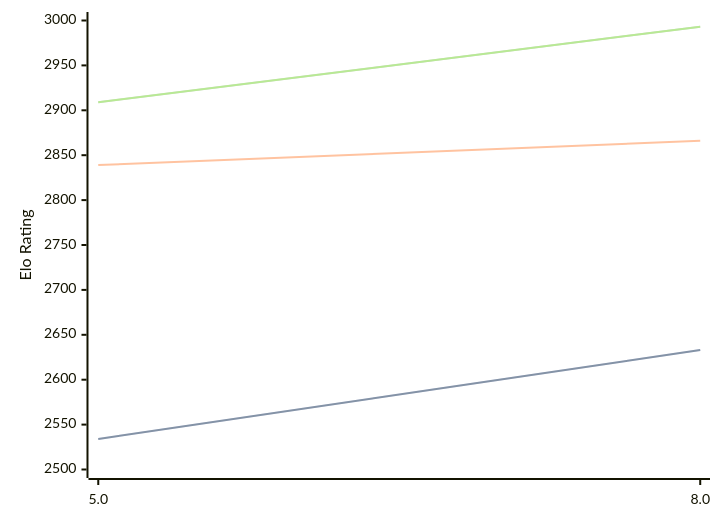
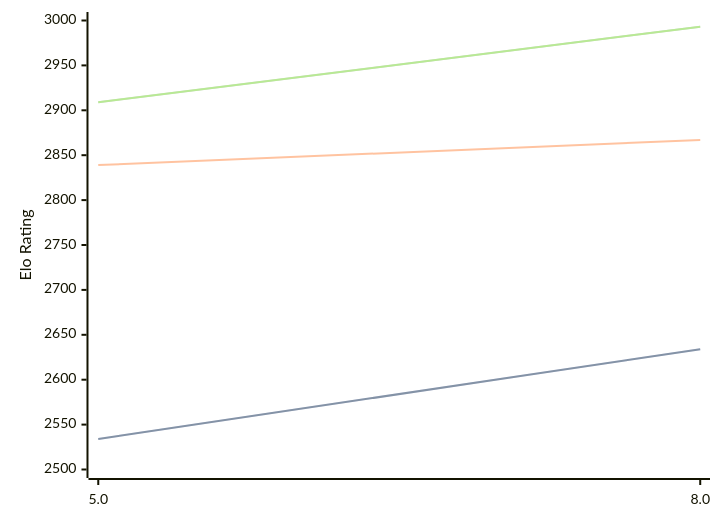
The diagram in engines/4kc.md (computer-chess-index/cci), drawn with Mermaid before and after one commit. The commit also changed other lines of this file, not shown here.

````diff
--- a/engines/4kc.md
+++ b/engines/4kc.md
@@ -41,11 +41,11 @@
 ```mermaid
 %%{init: {"theme":"base","themeVariables":{"seriesColors:['#a3a3a3','#222221','#faa371']}}}%%
 xychart-beta
   x-axis ["5.0", "8.0"]
   y-axis "Elo Rating" 2500 --> 3000
-  line "STC (8.0+0.08s)" [2534, 2633]
-  line "STC (8.0+0.08s)" [2534, 2633]
-  line "LTC (60.0+0.60s)" [2839, 2866]
+  line "STC (8.0+0.08s)" [2534, 2634]
+  line "STC (8.0+0.08s)" [2534, 2634]
+  line "LTC (60.0+0.60s)" [2839, 2867]
   line "VLTC (2m24s+1.12s)" [2909, 2993]
   line "VLTC (2m24s+1.12s)" [2909, 2993]
 ```
````
